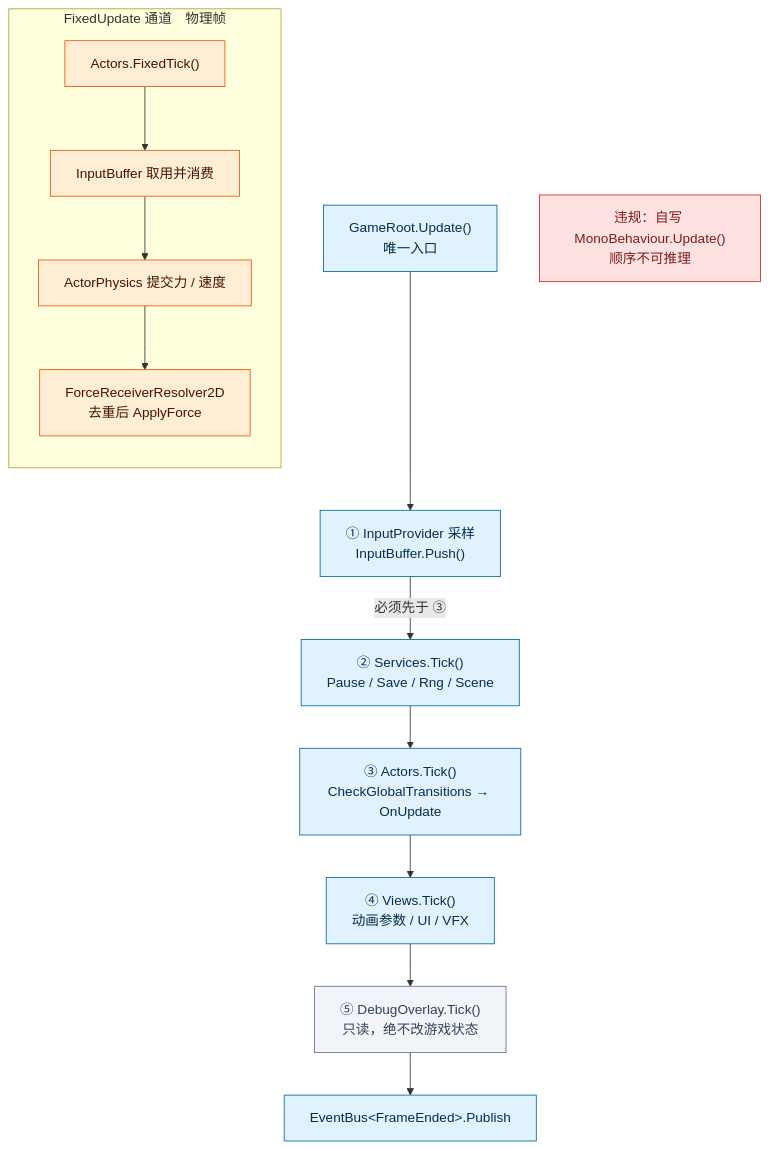
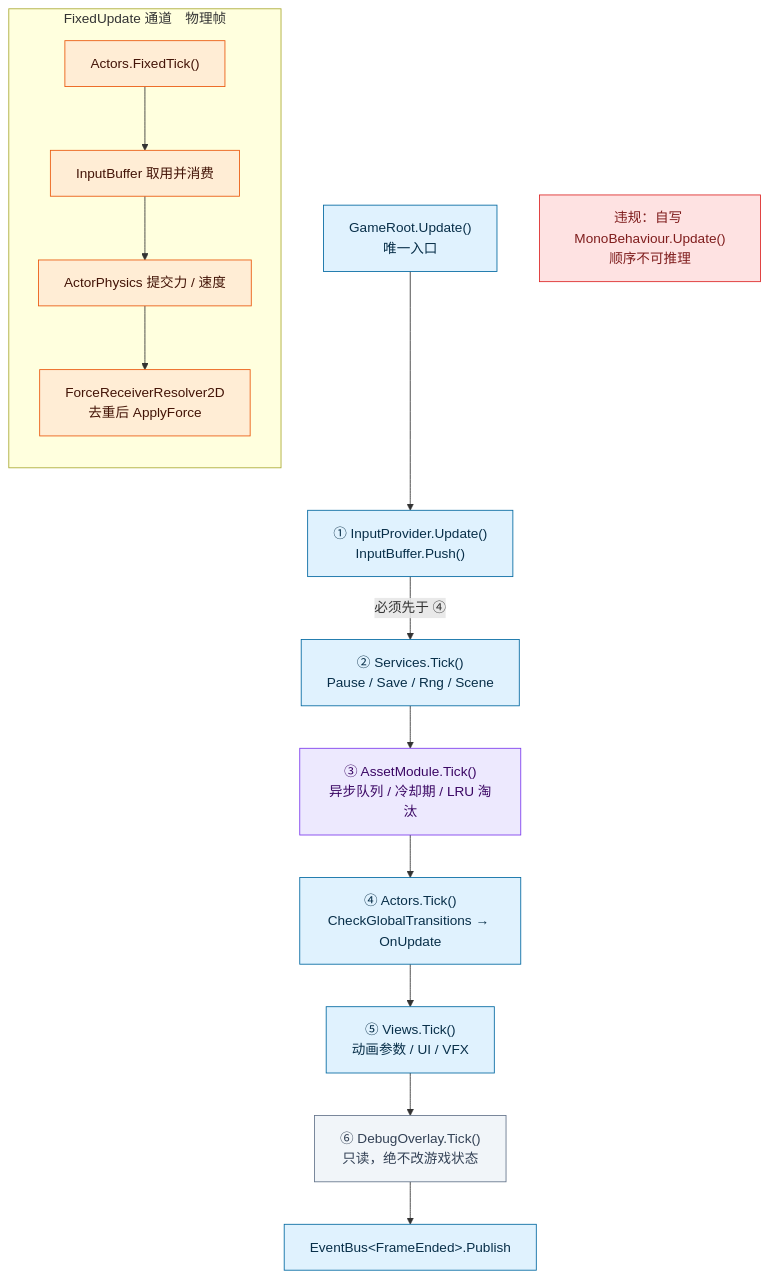
Before and after one commit to 5FYZhou/deepseaoil: the diagram in Docs/框架设计/sources/02-frame-order.mmd, drawn with Mermaid. The commit also changed 7 other files, not shown here.

First line of the commit message:
docs(framework): 蓝图并入 Data 层与总览，重写程序集/目录节

```diff
--- a/Docs/框架设计/sources/02-frame-order.mmd
+++ b/Docs/框架设计/sources/02-frame-order.mmd
@@ -1,41 +1,45 @@
 %% 图2｜单帧执行｜回答：我这个 Update 该不该写？每帧谁先跑？
 %% 读法：主链自上而下 = GameRoot 顺序表里的固定次序；FixedUpdate 是另一条独立通道，不是从①分支出来的。
-%% 维护：条目顺序必须与 GameRoot 的 tickables[] 拖入顺序一致。
+%% 维护：条目顺序必须与 GameRoot 的 tickables[] 拖入顺序一致；③ AssetModule.Tick 是 Data 层唯一主动行为。
 flowchart TD
   Root["GameRoot.Update()<br/>唯一入口"]
-  S1["① InputProvider 采样<br/>InputBuffer.Push()"]
+  S1["① InputProvider.Update()<br/>InputBuffer.Push()"]
   S2["② Services.Tick()<br/>Pause / Save / Rng / Scene"]
-  S3["③ Actors.Tick()<br/>CheckGlobalTransitions → OnUpdate"]
-  S4["④ Views.Tick()<br/>动画参数 / UI / VFX"]
-  S5["⑤ DebugOverlay.Tick()<br/>只读，绝不改游戏状态"]
+  S3["③ AssetModule.Tick()<br/>异步队列 / 冷却期 / LRU 淘汰"]
+  S4["④ Actors.Tick()<br/>CheckGlobalTransitions → OnUpdate"]
+  S5["⑤ Views.Tick()<br/>动画参数 / UI / VFX"]
+  S6["⑥ DebugOverlay.Tick()<br/>只读，绝不改游戏状态"]
   End["EventBus&lt;FrameEnded&gt;.Publish"]
 
   subgraph Fixed["FixedUpdate 通道　物理帧"]
     direction TB
     FX["Actors.FixedTick()"]
     FXA["InputBuffer 取用并消费"]
     FXB["ActorPhysics 提交力 / 速度"]
     FXC["ForceReceiverResolver2D<br/>去重后 ApplyForce"]
     FX --> FXA
     FXA --> FXB
     FXB --> FXC
   end
 
   Bad["违规：自写 MonoBehaviour.Update()<br/>顺序不可推理"]
 
   Root --> S1
-  S1 -->|"必须先于 ③"| S2
+  S1 -->|"必须先于 ④"| S2
   S2 --> S3
   S3 --> S4
   S4 --> S5
-  S5 --> End
+  S5 --> S6
+  S6 --> End
 
   classDef runtime fill:#e0f2fe,stroke:#0369a1,color:#082f49
+  classDef data fill:#ede9fe,stroke:#7c3aed,color:#3b0764
   classDef noop fill:#f1f5f9,stroke:#64748b,color:#334155
   classDef fixed fill:#ffedd5,stroke:#ea580c,color:#431407
   classDef warn fill:#fee2e2,stroke:#dc2626,color:#7f1d1d
 
-  class Root,S1,S2,S3,S4,End runtime
-  class S5 noop
+  class Root,S1,S2,S4,S5,End runtime
+  class S3 data
+  class S6 noop
   class FX,FXA,FXB,FXC fixed
   class Bad warn
```
